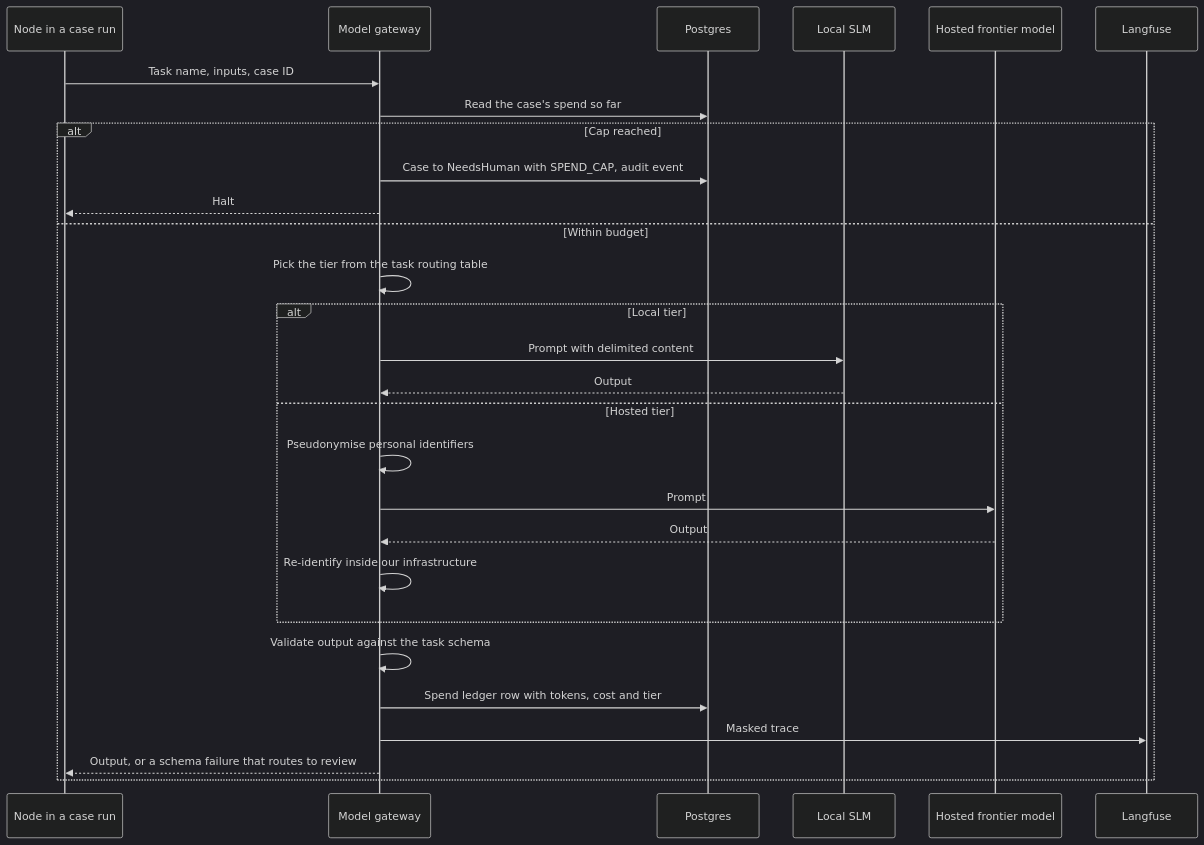
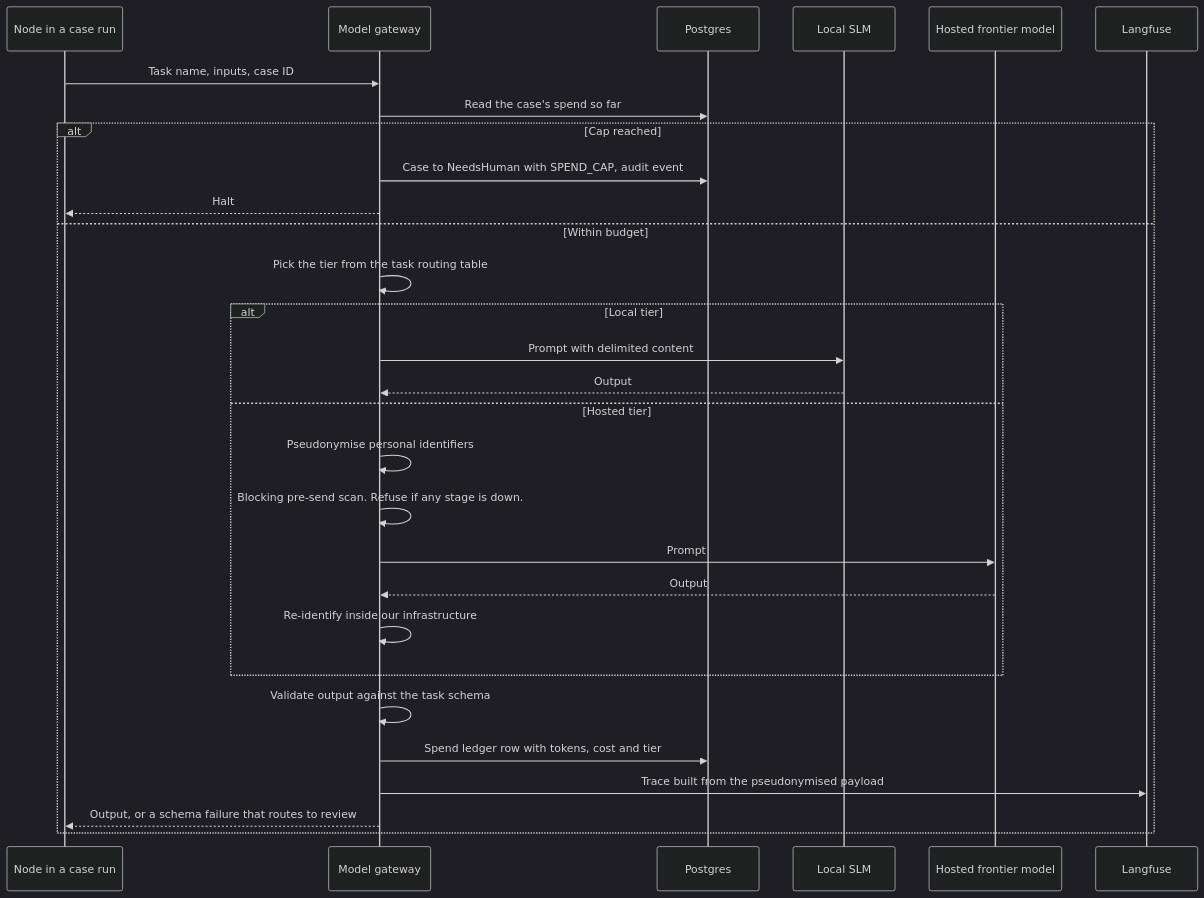
The sixth of 10 diagrams in docs/01-ARCHITECTURE.md (monarchsolanki/chukta), drawn with Mermaid (dark theme) before and after one commit. The commit also changed other lines of this file and 6 other files, not shown here.

First line of the commit message:
docs: apply step-4 revisions to the PRD, architecture, threat model and feasibility review

````diff
--- a/docs/01-ARCHITECTURE.md
+++ b/docs/01-ARCHITECTURE.md
@@ -268,30 +269,31 @@
 ```mermaid
 sequenceDiagram
   participant N as Node in a case run
   participant G as Model gateway
   participant P as Postgres
   participant S as Local SLM
   participant F as Hosted frontier model
   participant T as Langfuse
   N->>G: Task name, inputs, case ID
   G->>P: Read the case's spend so far
   alt Cap reached
     G->>P: Case to NeedsHuman with SPEND_CAP, audit event
     G-->>N: Halt
   else Within budget
     G->>G: Pick the tier from the task routing table
     alt Local tier
       G->>S: Prompt with delimited content
       S-->>G: Output
     else Hosted tier
       G->>G: Pseudonymise personal identifiers
+      G->>G: Blocking pre-send scan. Refuse if any stage is down.
       G->>F: Prompt
       F-->>G: Output
       G->>G: Re-identify inside our infrastructure
     end
     G->>G: Validate output against the task schema
     G->>P: Spend ledger row with tokens, cost and tier
-    G->>T: Masked trace
+    G->>T: Trace built from the pseudonymised payload
     G-->>N: Output, or a schema failure that routes to review
   end
 ```
````
